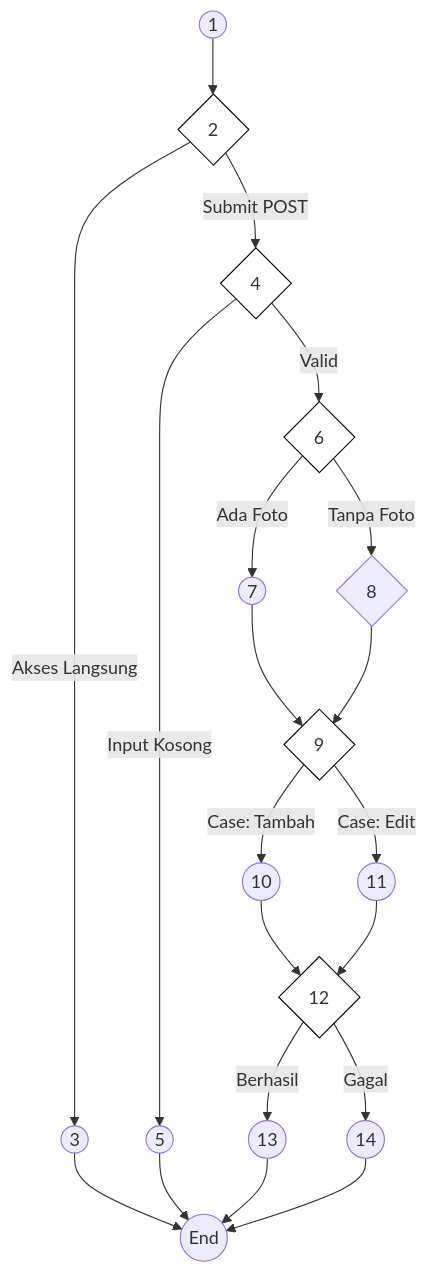
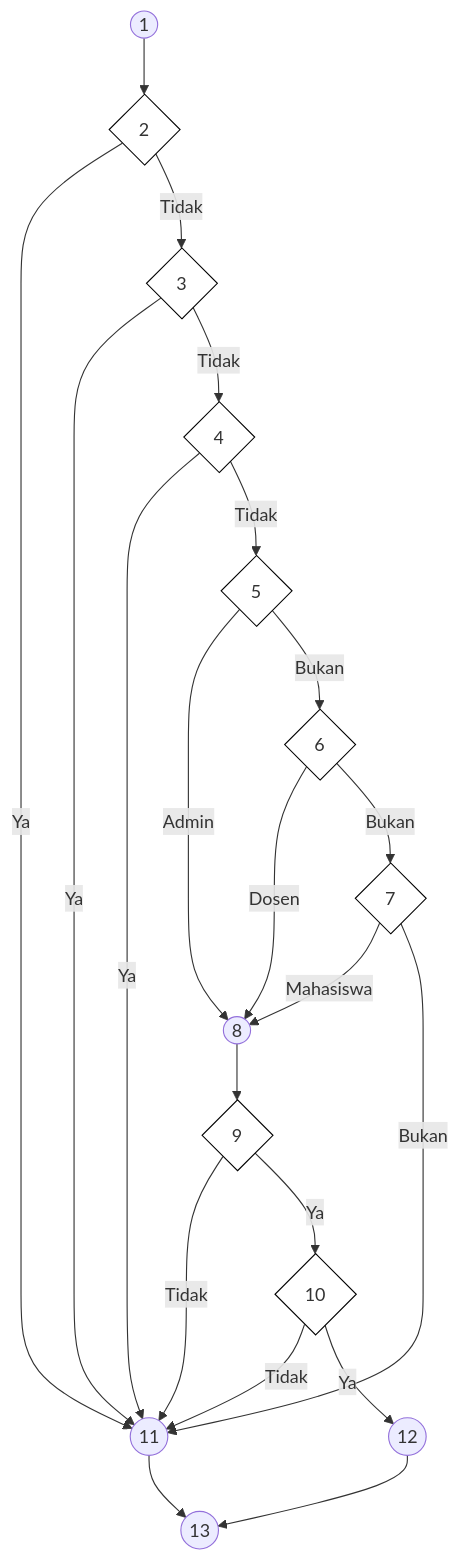
The second of 2 diagrams in docs/07_PENGUJIAN_WHITE_BOX.md (arbain-dev/Web_fikom), drawn with Mermaid before and after one commit. The commit also changed other lines of this file, not shown here.

````diff
--- a/docs/07_PENGUJIAN_WHITE_BOX.md
+++ b/docs/07_PENGUJIAN_WHITE_BOX.md
@@ -195,23 +62,31 @@
 ```mermaid
 graph TD
     N1((1)) --> N2{2}
-    N2 -- "Akses Langsung" --> N3((3))
-    N2 -- "Submit POST" --> N4{4}
-    N4 -- "Input Kosong" --> N5((5))
-    N4 -- "Valid" --> N6{6}
-    N6 -- "Ada Foto" --> N7((7))
-    N6 -- "Tanpa Foto" --> N8{8}
-    N7 & N8 --> N9{9}
-    N9 -- "Case: Tambah" --> N10((10))
-    N9 -- "Case: Edit" --> N11((11))
-    N10 & N11 --> N12{12}
-    N12 -- "Berhasil" --> N13((13))
-    N12 -- "Gagal" --> N14((14))
-    N3 & N5 & N13 & N14 --> N15((End))
+    N2 -- "Ya" --> N11((11))
+    N2 -- "Tidak" --> N3{3}
+    N3 -- "Ya" --> N11
+    N3 -- "Tidak" --> N4{4}
+    N4 -- "Ya" --> N11
+    N4 -- "Tidak" --> N5{5}
+    N5 -- "Admin" --> N8((8))
+    N5 -- "Bukan" --> N6{6}
+    N6 -- "Dosen" --> N8
+    N6 -- "Bukan" --> N7{7}
+    N7 -- "Mahasiswa" --> N8
+    N7 -- "Bukan" --> N11
+    N8 --> N9{9}
+    N9 -- "Tidak" --> N11
+    N9 -- "Ya" --> N10{10}
+    N10 -- "Tidak" --> N11
+    N10 -- "Ya" --> N12((12))
+    N11 & N12 --> N13((13))
 
     style N2 fill:#fff,stroke:#000
+    style N3 fill:#fff,stroke:#000
     style N4 fill:#fff,stroke:#000
+    style N5 fill:#fff,stroke:#000
     style N6 fill:#fff,stroke:#000
+    style N7 fill:#fff,stroke:#000
     style N9 fill:#fff,stroke:#000
-    style N12 fill:#fff,stroke:#000
+    style N10 fill:#fff,stroke:#000
 ```
````
